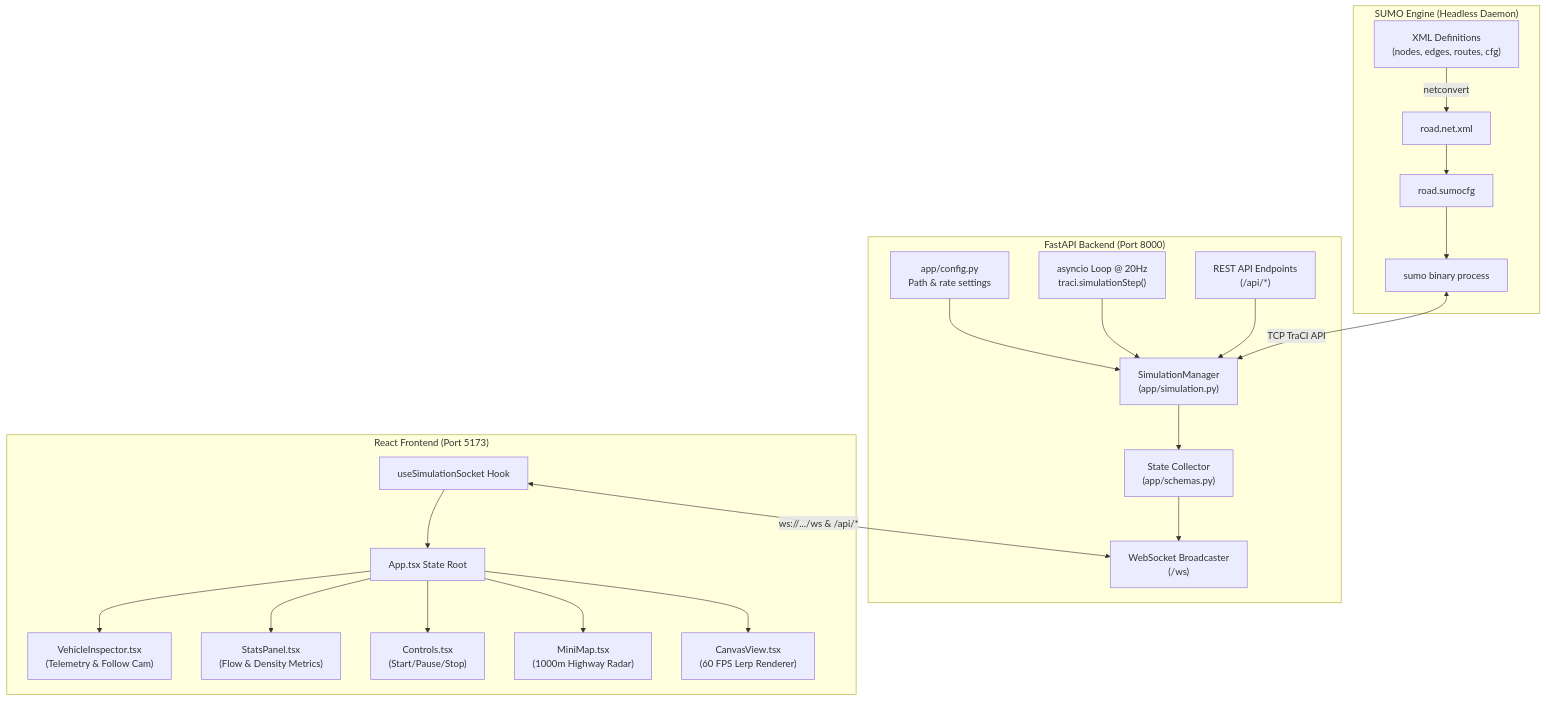
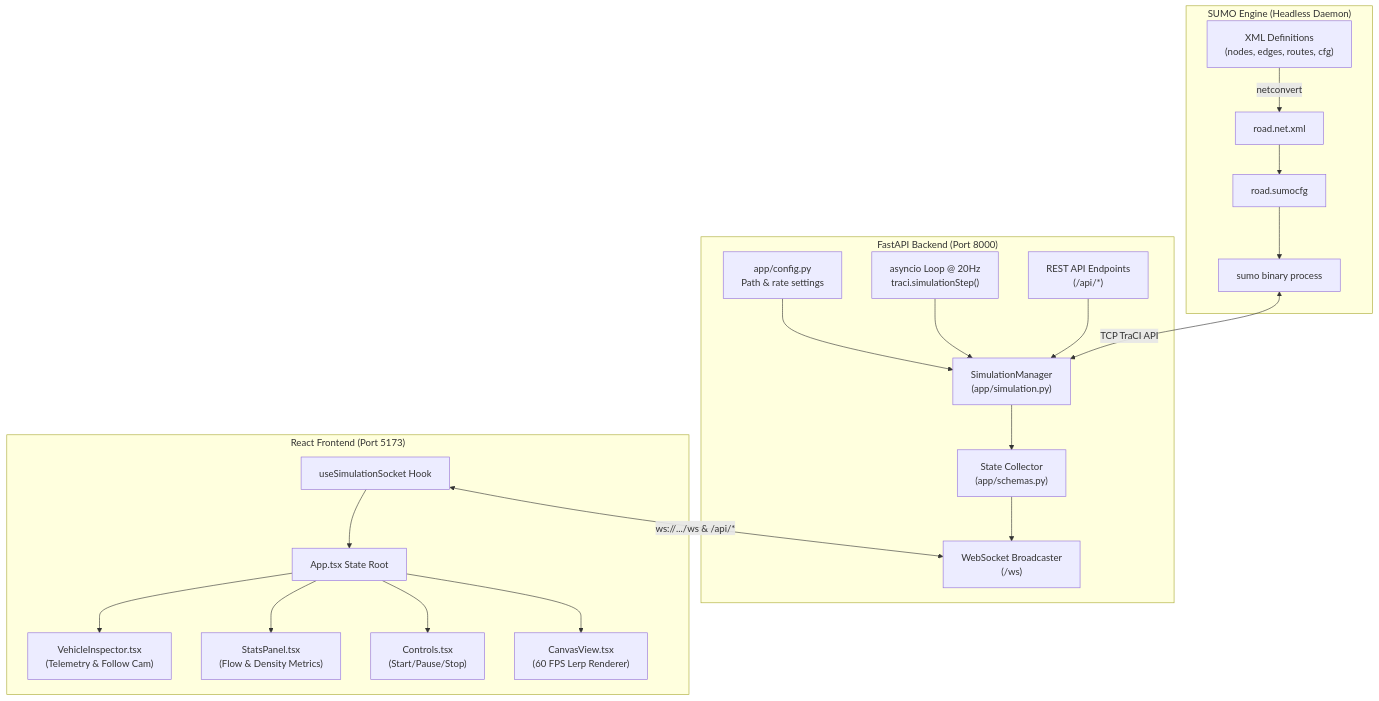
One commit to vkivaturi/traffis changed the diagram in AGENTS.md. Above: the diagram before and after it, drawn with Mermaid. The commit also changed other lines of this file and 17 other files, not shown here.

````diff
--- a/AGENTS.md
+++ b/AGENTS.md
@@ -19,27 +19,26 @@
 ```mermaid
 flowchart TD
     subgraph SUMO_Engine ["SUMO Engine (Headless Daemon)"]
         XML["XML Definitions<br/>(nodes, edges, routes, cfg)"] -->|netconvert| NET["road.net.xml"]
         NET --> SUMOCFG["road.sumocfg"]
         SUMOCFG --> PROC["sumo binary process"]
     end
 
     subgraph Backend ["FastAPI Backend (Port 8000)"]
         CONF["app/config.py<br/>Path & rate settings"] --> SM["SimulationManager<br/>(app/simulation.py)"]
         PROC <-->|TCP TraCI API| SM
         LOOP["asyncio Loop @ 20Hz<br/>traci.simulationStep()"] --> SM
         SM --> STATE["State Collector<br/>(app/schemas.py)"]
         STATE --> WS["WebSocket Broadcaster<br/>(/ws)"]
         REST["REST API Endpoints<br/>(/api/*)"] --> SM
     end
 
     subgraph Frontend ["React Frontend (Port 5173)"]
         SOCK["useSimulationSocket Hook"] <-->|ws://.../ws & /api/*| WS
         SOCK --> APP["App.tsx State Root"]
         APP --> CV["CanvasView.tsx<br/>(60 FPS Lerp Renderer)"]
-        APP --> MM["MiniMap.tsx<br/>(1000m Highway Radar)"]
         APP --> CTRL["Controls.tsx<br/>(Start/Pause/Stop)"]
         APP --> STATS["StatsPanel.tsx<br/>(Flow & Density Metrics)"]
         APP --> INSP["VehicleInspector.tsx<br/>(Telemetry & Follow Cam)"]
     end
 ```
````
